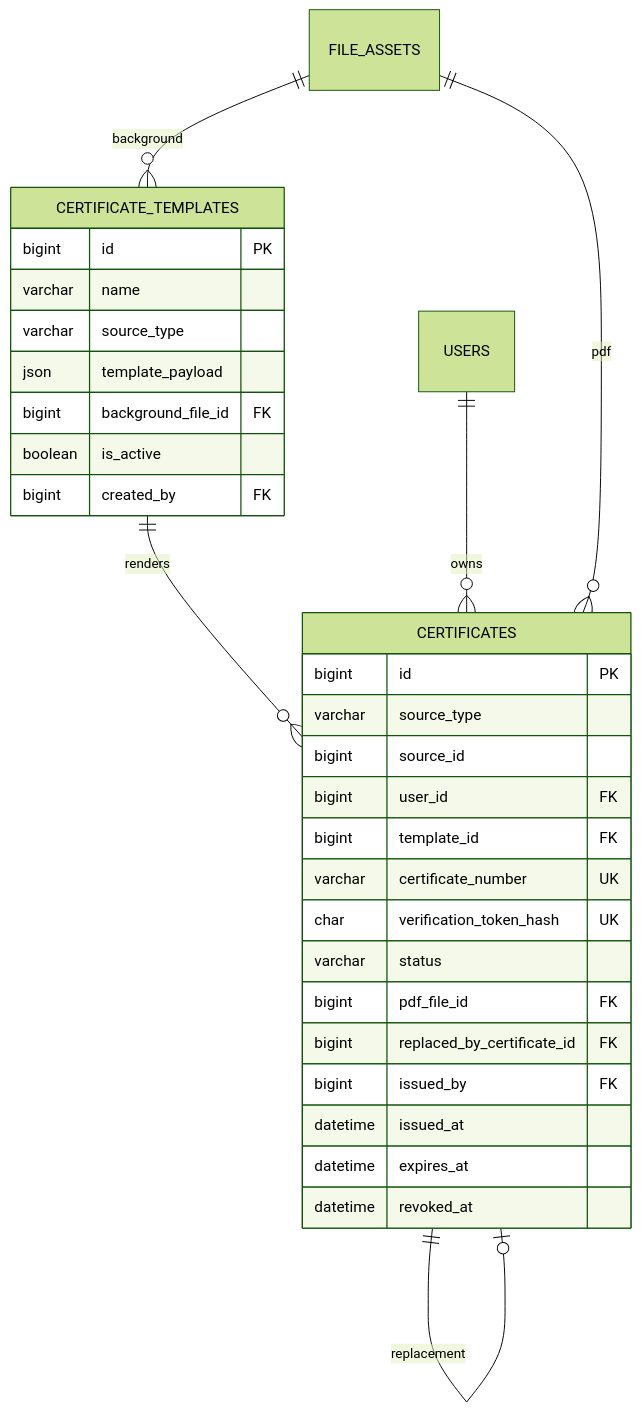
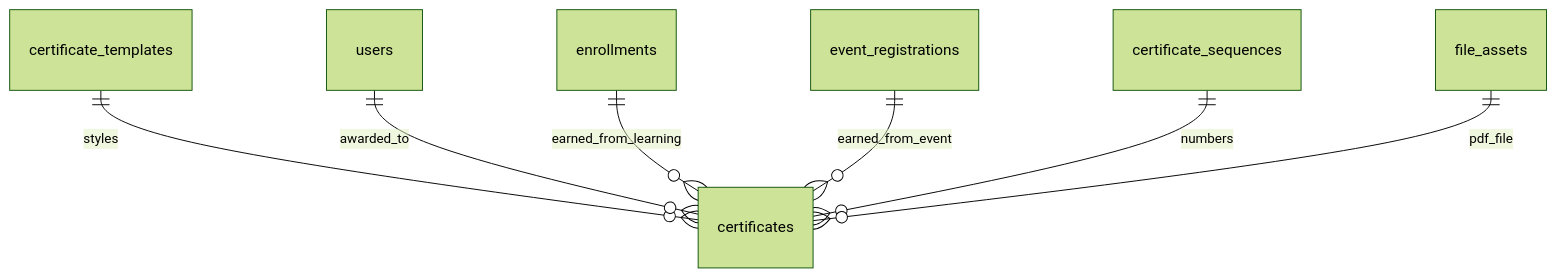
Before and after one commit to andiariyandi/begawipengadaan: the sixth of 9 diagrams in dokumen/database-erd.md, drawn with Mermaid (forest theme). The commit also changed other lines of this file and 18 other files, not shown here.

````diff
--- a/dokumen/database-erd.md
+++ b/dokumen/database-erd.md
@@ -1005,35 +119,9 @@
 ```mermaid
 erDiagram
-    CERTIFICATE_TEMPLATES {
-        bigint id PK
-        varchar name
-        varchar source_type
-        json template_payload
-        bigint background_file_id FK
-        boolean is_active
-        bigint created_by FK
-    }
-
-    CERTIFICATES {
-        bigint id PK
-        varchar source_type
-        bigint source_id
-        bigint user_id FK
-        bigint template_id FK
-        varchar certificate_number UK
-        char verification_token_hash UK
-        varchar status
-        bigint pdf_file_id FK
-        bigint replaced_by_certificate_id FK
-        bigint issued_by FK
-        datetime issued_at
-        datetime expires_at
-        datetime revoked_at
-    }
-
-    CERTIFICATE_TEMPLATES ||--o{ CERTIFICATES : renders
-    USERS ||--o{ CERTIFICATES : owns
-    FILE_ASSETS ||--o{ CERTIFICATE_TEMPLATES : background
-    FILE_ASSETS ||--o{ CERTIFICATES : pdf
-    CERTIFICATES ||--o| CERTIFICATES : replacement
+    certificate_templates ||--o{ certificates : styles
+    users ||--o{ certificates : awarded_to
+    enrollments ||--o{ certificates : earned_from_learning
+    event_registrations ||--o{ certificates : earned_from_event
+    certificate_sequences ||--o{ certificates : numbers
+    file_assets ||--o{ certificates : pdf_file
 ```
````
